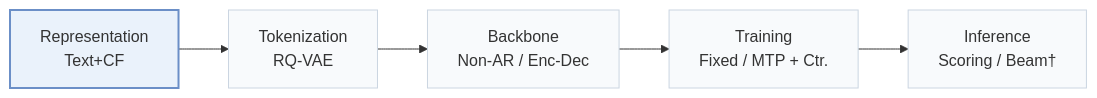
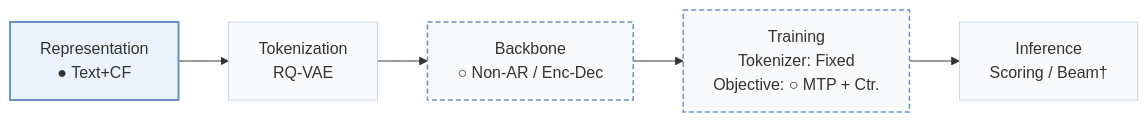
The first of 2 diagrams in pages/papers/screc.md (Galaxy-ghost/Awesome-SID-Generative-Rec), drawn with Mermaid before and after one commit. The commit also changed other lines of this file and 558 other files, not shown here.

````diff
--- a/pages/papers/screc.md
+++ b/pages/papers/screc.md
@@ -15,8 +18,10 @@
 ```mermaid
 flowchart LR
-    R["Representation<br/>Text+CF"] --> T["Tokenization<br/>RQ-VAE"] --> B["Backbone<br/>Non-AR / Enc-Dec"] --> TR["Training<br/>Fixed / MTP + Ctr."] --> I["Inference<br/>Scoring / Beam†"]
+    R["Representation<br/>● Text+CF"] --> T["Tokenization<br/>RQ-VAE"] --> B["Backbone<br/>○ Non-AR / Enc-Dec"] --> TR["Training<br/>Tokenizer: Fixed<br/>Objective: ○ MTP + Ctr."] --> I["Inference<br/>Scoring / Beam†"]
     classDef base fill:#f8fafc,stroke:#cbd5e1
     class R,T,B,TR,I base
+    classDef other fill:#f8fafc,stroke:#6b8fc7,stroke-width:1.5px,stroke-dasharray:5 3
+    class B,TR other
     classDef main fill:#eaf2fb,stroke:#6b8fc7,stroke-width:2px
     class R main
 ```
````
